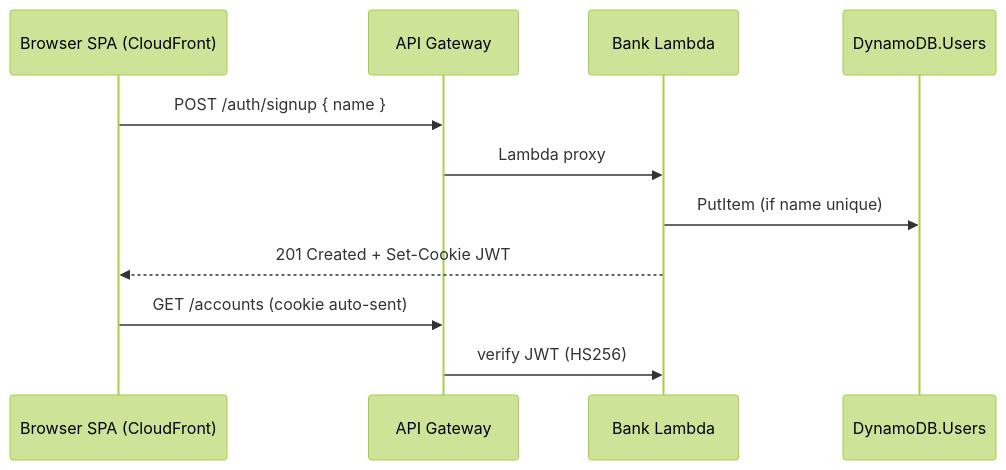
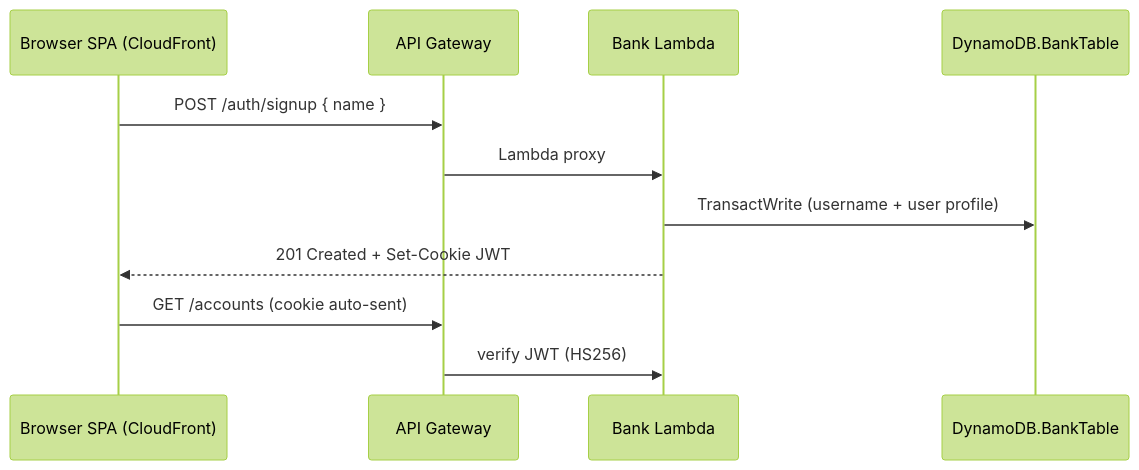
Before and after one commit to bluecontract/demo-bank-app: the diagram in docs/design/003-authentication.md, drawn with Mermaid (forest theme). The commit also changed other lines of this file and 1 other file, not shown here.

````diff
--- a/docs/design/003-authentication.md
+++ b/docs/design/003-authentication.md
@@ -21,14 +21,14 @@
 ```mermaid
 sequenceDiagram
     participant U as Browser SPA (CloudFront)
     participant G as API Gateway
     participant L as Bank Lambda
-    participant D as DynamoDB.Users
+    participant D as DynamoDB.BankTable
 
     U->>G: POST /auth/signup { name }
     G->>L: Lambda proxy
-    L->>D: PutItem (if name unique)
+    L->>D: TransactWrite (username + user profile)
     L-->>U: 201 Created + Set-Cookie JWT
     U->>G: GET /accounts (cookie auto-sent)
     G->>L: verify JWT (HS256)
 ```
````
